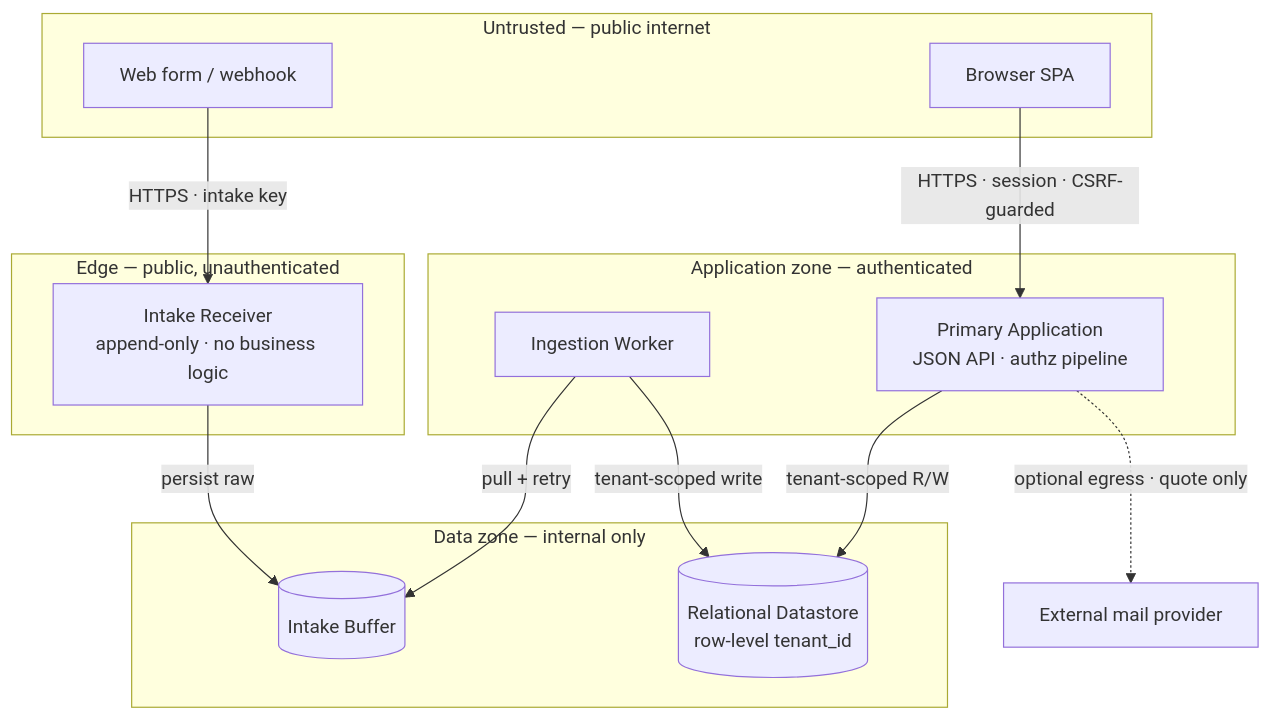
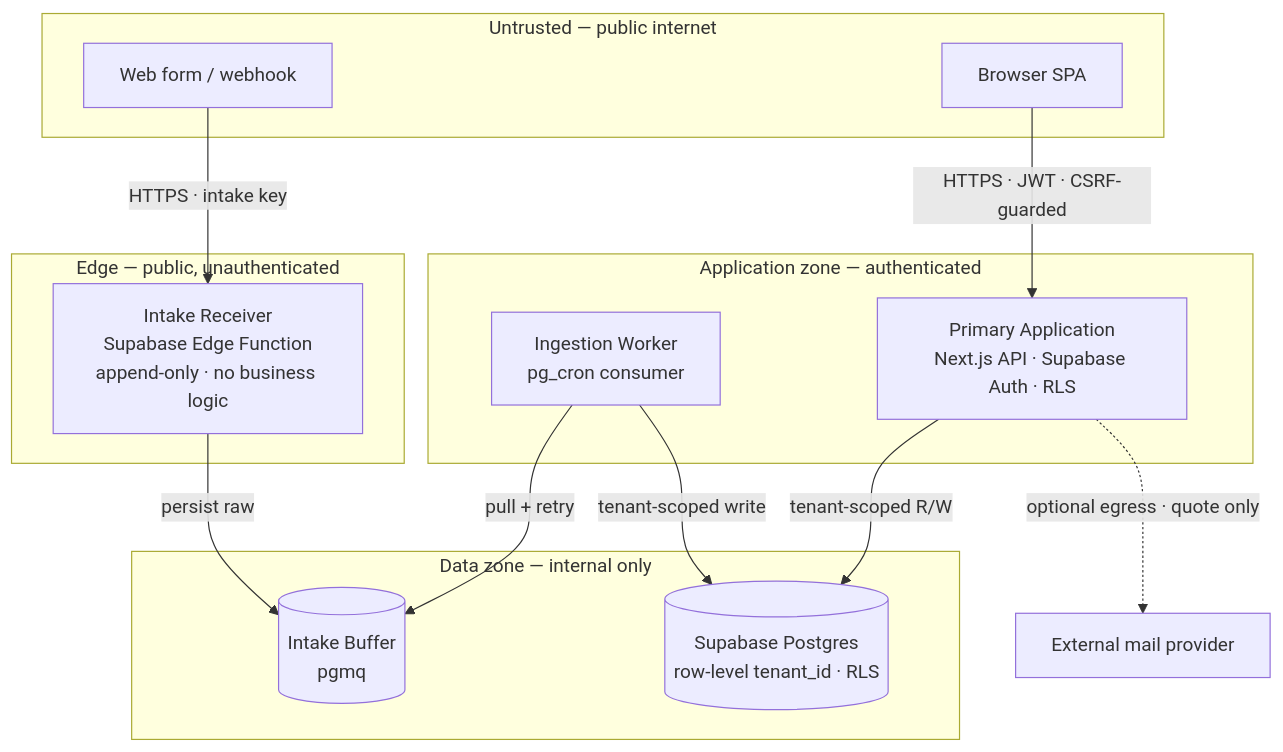
The third of 3 diagrams in docs/ARCHITECTURE.md (Cueserve/cs-cueviksync), drawn with Mermaid before and after one commit. The commit also changed other lines of this file and 1 other file, not shown here.

Commit message:
docs: update ARCHITECTURE.md — pin architecture to Supabase (Auth/GoTrue, RLS enforcement, Edge Function receiver, pgmq/pg_cron)

````diff
--- a/docs/ARCHITECTURE.md
+++ b/docs/ARCHITECTURE.md
@@ -311,31 +332,31 @@
 ```mermaid
 flowchart TB
     subgraph untrusted["Untrusted — public internet"]
         form["Web form / webhook"]
         browser["Browser SPA"]
     end
 
     subgraph edge["Edge — public, unauthenticated"]
-        receiver["Intake Receiver<br/>append-only · no business logic"]
+        receiver["Intake Receiver<br/>Supabase Edge Function<br/>append-only · no business logic"]
     end
 
     subgraph appzone["Application zone — authenticated"]
-        api["Primary Application<br/>JSON API · authz pipeline"]
-        worker["Ingestion Worker"]
+        api["Primary Application<br/>Next.js API · Supabase Auth · RLS"]
+        worker["Ingestion Worker<br/>pg_cron consumer"]
     end
 
     subgraph datazone["Data zone — internal only"]
-        buffer[("Intake Buffer")]
-        store[("Relational Datastore<br/>row-level tenant_id")]
+        buffer[("Intake Buffer<br/>pgmq")]
+        store[("Supabase Postgres<br/>row-level tenant_id · RLS")]
     end
 
     ext["External mail provider"]
 
     form -->|"HTTPS · intake key"| receiver
-    browser -->|"HTTPS · session · CSRF-guarded"| api
+    browser -->|"HTTPS · JWT · CSRF-guarded"| api
     receiver -->|"persist raw"| buffer
     worker -->|"pull + retry"| buffer
     worker -->|"tenant-scoped write"| store
     api -->|"tenant-scoped R/W"| store
     api -.->|"optional egress · quote only"| ext
 ```
````
